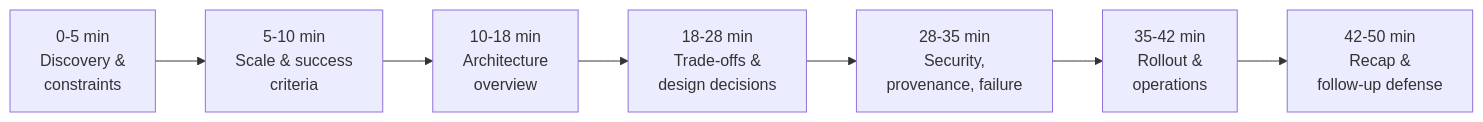
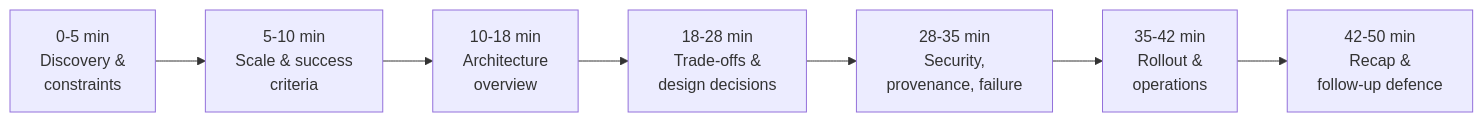
One commit to Sourav692/Forward-Deployed-Engineer-Interview-Prep changed the diagram in 02_System_Design_Case_Studies/Standalone_Designs/19_Air_Gapped_AI_System/3_Tutorial/19_Tutorial_Part_7.md. Above: the diagram before and after it, drawn with Mermaid. The commit also changed 197 other files, not shown here.

````diff
--- a/02_System_Design_Case_Studies/Standalone_Designs/19_Air_Gapped_AI_System/3_Tutorial/19_Tutorial_Part_7.md
+++ b/02_System_Design_Case_Studies/Standalone_Designs/19_Air_Gapped_AI_System/3_Tutorial/19_Tutorial_Part_7.md
@@ -18,9 +18,9 @@
 ```mermaid
 flowchart LR
     A["0-5 min<br/>Discovery &<br/>constraints"] --> B["5-10 min<br/>Scale & success<br/>criteria"]
     B --> C["10-18 min<br/>Architecture<br/>overview"]
     C --> D["18-28 min<br/>Trade-offs &<br/>design decisions"]
     D --> E["28-35 min<br/>Security,<br/>provenance, failure"]
     E --> F["35-42 min<br/>Rollout &<br/>operations"]
-    F --> G["42-50 min<br/>Recap &<br/>follow-up defense"]
+    F --> G["42-50 min<br/>Recap &<br/>follow-up defence"]
 ```
````
